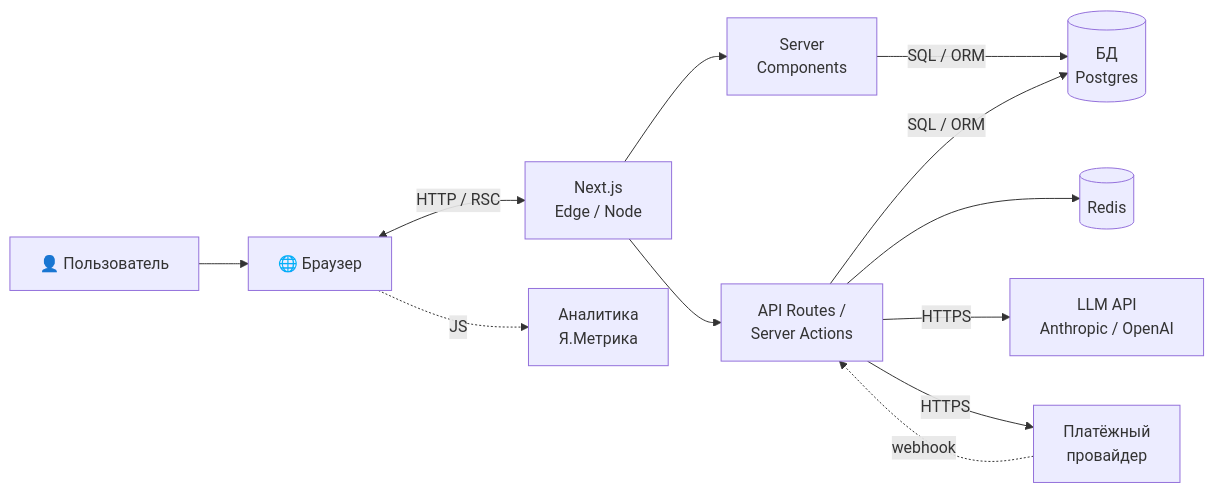
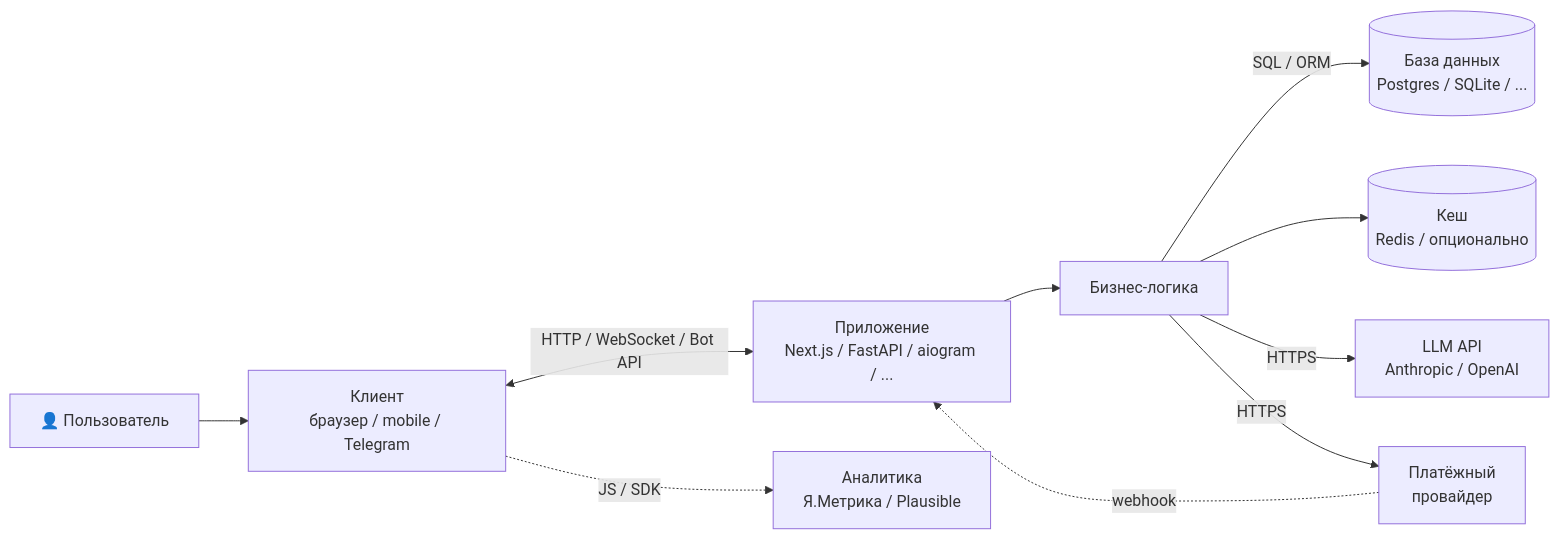
One commit to Avalon-27reg/smyslokod-starter changed the first of 3 diagrams in docs/visual-map.md. Above: the diagram before and after it, drawn with Mermaid. The commit also changed other lines of this file and 41 other files, not shown here.

````diff
--- a/docs/visual-map.md
+++ b/docs/visual-map.md
@@ -7,25 +9,22 @@
 ```mermaid
 flowchart LR
     User[👤 Пользователь]
-    Browser[🌐 Браузер]
-    NextEdge[Next.js<br/>Edge / Node]
-    RSC[Server<br/>Components]
-    APIRoute[API Routes /<br/>Server Actions]
-    DB[(БД<br/>Postgres)]
-    Cache[(Redis)]
+    Client[Клиент<br/>браузер / mobile / Telegram]
+    App[Приложение<br/>Next.js / FastAPI / aiogram / ...]
+    Logic[Бизнес-логика]
+    DB[(База данных<br/>Postgres / SQLite / ...)]
+    Cache[(Кеш<br/>Redis / опционально)]
     LLM[LLM API<br/>Anthropic / OpenAI]
     Pay[Платёжный<br/>провайдер]
-    Analytics[Аналитика<br/>Я.Метрика]
+    Analytics[Аналитика<br/>Я.Метрика / Plausible]
 
-    User --> Browser
-    Browser <-->|HTTP / RSC| NextEdge
-    NextEdge --> RSC
-    NextEdge --> APIRoute
-    RSC -->|SQL / ORM| DB
-    APIRoute -->|SQL / ORM| DB
-    APIRoute --> Cache
-    APIRoute -->|HTTPS| LLM
-    APIRoute -->|HTTPS| Pay
-    Pay -.->|webhook| APIRoute
-    Browser -.->|JS| Analytics
+    User --> Client
+    Client <-->|HTTP / WebSocket / Bot API| App
+    App --> Logic
+    Logic -->|SQL / ORM| DB
+    Logic --> Cache
+    Logic -->|HTTPS| LLM
+    Logic -->|HTTPS| Pay
+    Pay -.->|webhook| App
+    Client -.->|JS / SDK| Analytics
 ```
````
